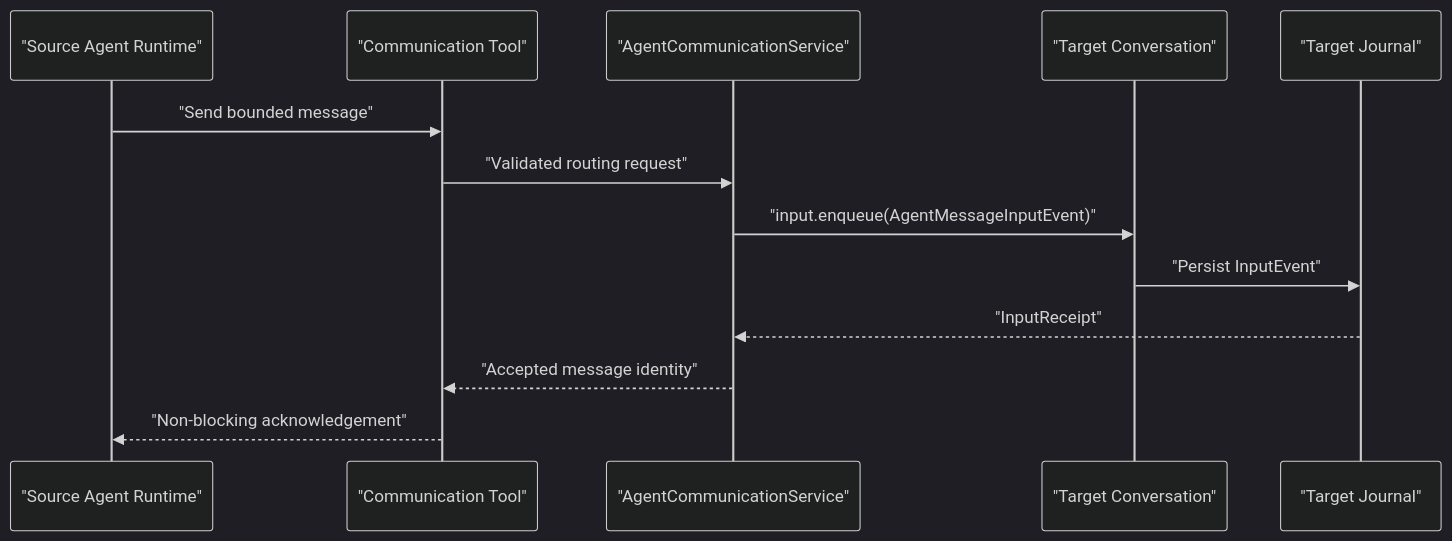
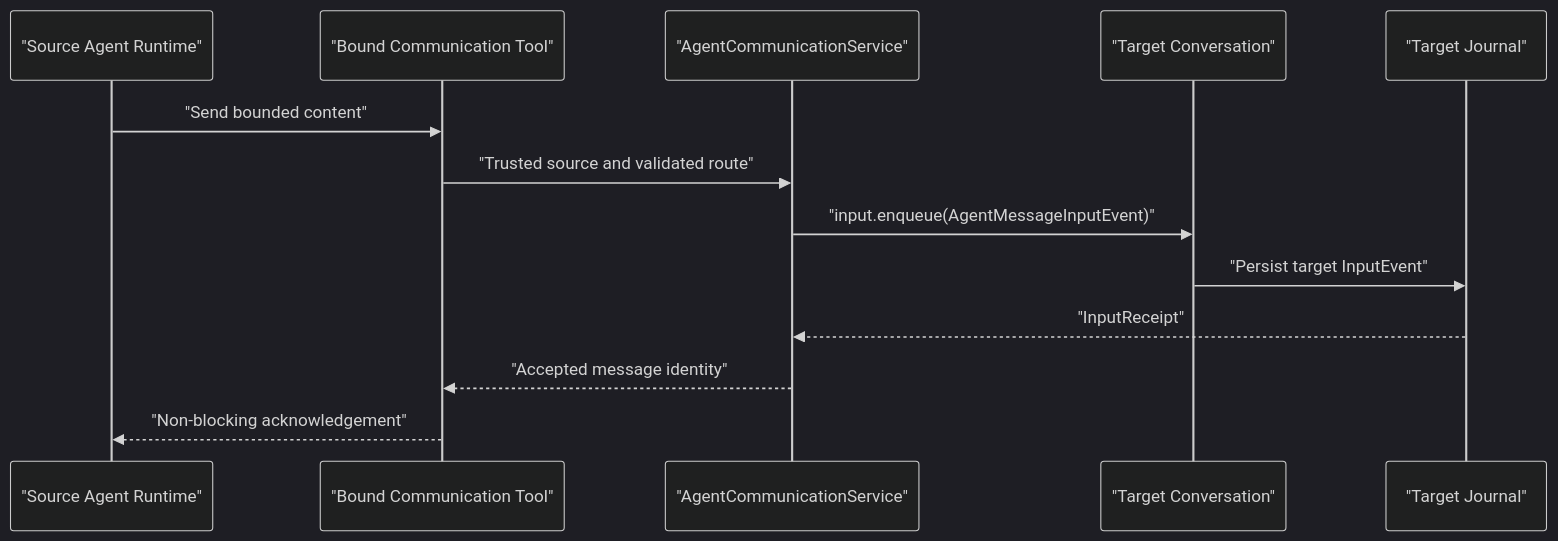
One commit to fanghuarunbalala/nova-writing changed the third of 3 diagrams in docs/agent-orchestration.md. Above: the diagram before and after it, drawn with Mermaid (dark theme). The commit also changed other lines of this file and 2 other files, not shown here.

Commit message:
docs: finalize agent team architecture

````diff
--- a/docs/agent-orchestration.md
+++ b/docs/agent-orchestration.md
@@ -223,16 +567,16 @@
 ```mermaid
 sequenceDiagram
     participant Source as "Source Agent Runtime"
-    participant Tool as "Communication Tool"
+    participant Tool as "Bound Communication Tool"
     participant Router as "AgentCommunicationService"
     participant Target as "Target Conversation"
     participant Journal as "Target Journal"
 
-    Source->>Tool: "Send bounded message"
-    Tool->>Router: "Validated routing request"
+    Source->>Tool: "Send bounded content"
+    Tool->>Router: "Trusted source and validated route"
     Router->>Target: "input.enqueue(AgentMessageInputEvent)"
-    Target->>Journal: "Persist InputEvent"
+    Target->>Journal: "Persist target InputEvent"
     Journal-->>Router: "InputReceipt"
     Router-->>Tool: "Accepted message identity"
     Tool-->>Source: "Non-blocking acknowledgement"
 ```
````
